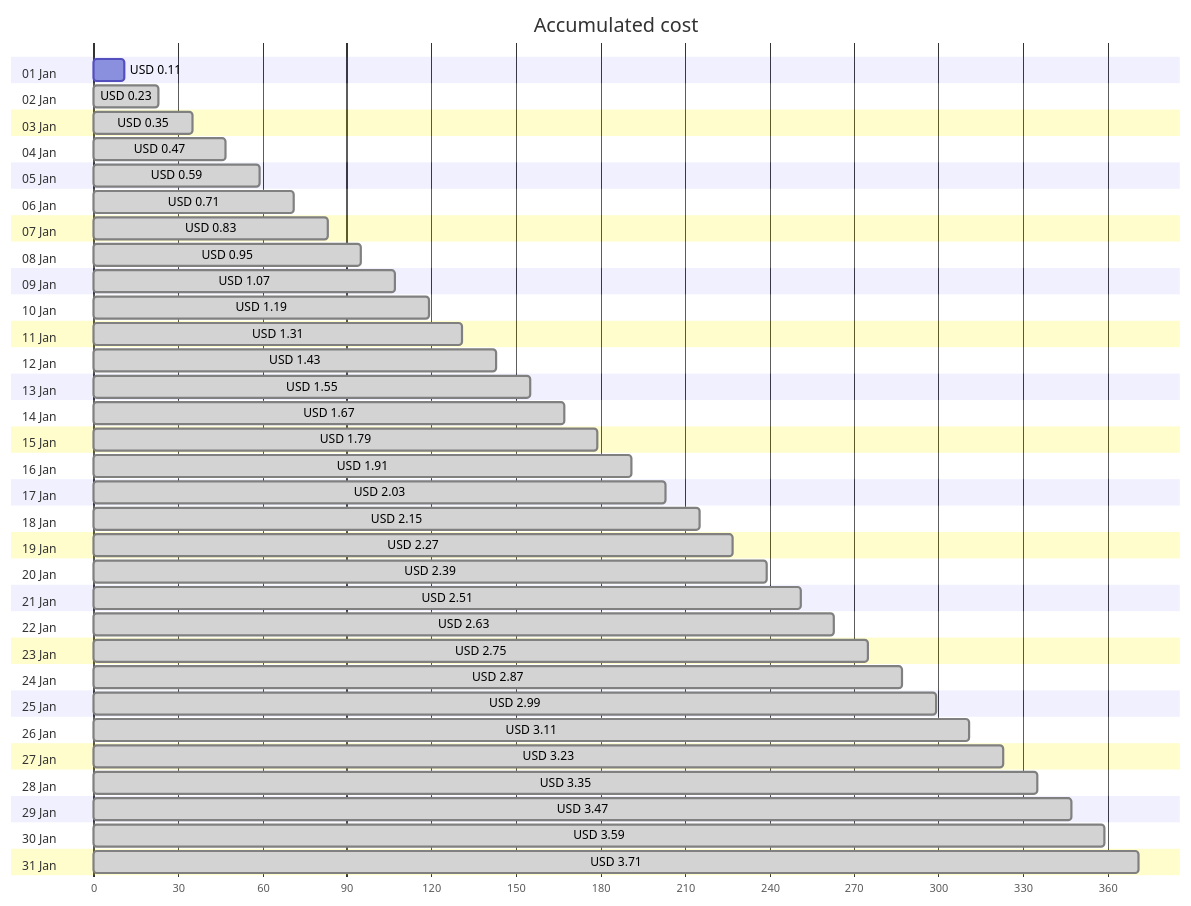
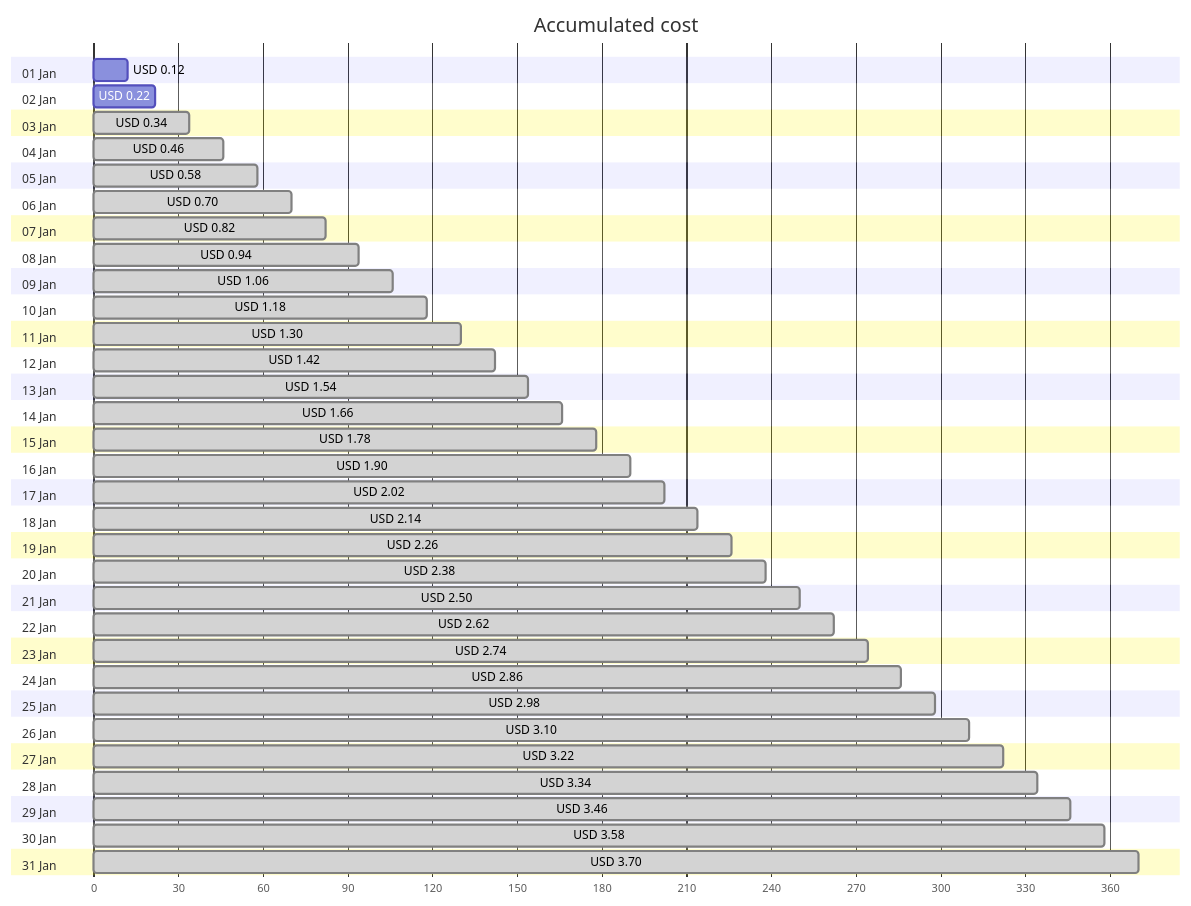
One commit to jpfulton/azure-personal-reports changed the first of 4 diagrams in cost-reports/personal-network/backup-server-public-ip.md. Above: the diagram before and after it, drawn with Mermaid. The commit also changed other lines of this file and 8 other files, not shown here.

````diff
--- a/cost-reports/personal-network/backup-server-public-ip.md
+++ b/cost-reports/personal-network/backup-server-public-ip.md
@@ -20,68 +20,68 @@
 ```mermaid
 gantt
    title Accumulated cost
    dateFormat  X
    axisFormat %s
    section 01 Jan
-   USD 0.11 :0, 11
+   USD 0.12 :0, 12
    section 02 Jan
-   USD 0.23 : done, 0, 23
+   USD 0.22 :0, 22
    section 03 Jan
-   USD 0.35 : done, 0, 35
+   USD 0.34 : done, 0, 34
    section 04 Jan
-   USD 0.47 : done, 0, 47
+   USD 0.46 : done, 0, 46
    section 05 Jan
-   USD 0.59 : done, 0, 59
+   USD 0.58 : done, 0, 58
    section 06 Jan
-   USD 0.71 : done, 0, 71
+   USD 0.70 : done, 0, 70
    section 07 Jan
-   USD 0.83 : done, 0, 83
+   USD 0.82 : done, 0, 82
    section 08 Jan
-   USD 0.95 : done, 0, 95
+   USD 0.94 : done, 0, 94
    section 09 Jan
-   USD 1.07 : done, 0, 107
+   USD 1.06 : done, 0, 106
    section 10 Jan
-   USD 1.19 : done, 0, 119
+   USD 1.18 : done, 0, 118
    section 11 Jan
-   USD 1.31 : done, 0, 131
+   USD 1.30 : done, 0, 130
    section 12 Jan
-   USD 1.43 : done, 0, 143
+   USD 1.42 : done, 0, 142
    section 13 Jan
-   USD 1.55 : done, 0, 155
+   USD 1.54 : done, 0, 154
    section 14 Jan
-   USD 1.67 : done, 0, 167
+   USD 1.66 : done, 0, 166
    section 15 Jan
-   USD 1.79 : done, 0, 179
+   USD 1.78 : done, 0, 178
    section 16 Jan
-   USD 1.91 : done, 0, 191
+   USD 1.90 : done, 0, 190
    section 17 Jan
-   USD 2.03 : done, 0, 203
+   USD 2.02 : done, 0, 202
    section 18 Jan
-   USD 2.15 : done, 0, 215
+   USD 2.14 : done, 0, 214
    section 19 Jan
-   USD 2.27 : done, 0, 227
+   USD 2.26 : done, 0, 226
    section 20 Jan
-   USD 2.39 : done, 0, 239
+   USD 2.38 : done, 0, 238
    section 21 Jan
-   USD 2.51 : done, 0, 251
+   USD 2.50 : done, 0, 250
    section 22 Jan
-   USD 2.63 : done, 0, 263
+   USD 2.62 : done, 0, 262
    section 23 Jan
-   USD 2.75 : done, 0, 275
+   USD 2.74 : done, 0, 274
    section 24 Jan
-   USD 2.87 : done, 0, 287
+   USD 2.86 : done, 0, 286
    section 25 Jan
-   USD 2.99 : done, 0, 299
+   USD 2.98 : done, 0, 298
    section 26 Jan
-   USD 3.11 : done, 0, 311
+   USD 3.10 : done, 0, 310
    section 27 Jan
-   USD 3.23 : done, 0, 323
+   USD 3.22 : done, 0, 322
    section 28 Jan
-   USD 3.35 : done, 0, 335
+   USD 3.34 : done, 0, 334
    section 29 Jan
-   USD 3.47 : done, 0, 347
+   USD 3.46 : done, 0, 346
    section 30 Jan
-   USD 3.59 : done, 0, 359
+   USD 3.58 : done, 0, 358
    section 31 Jan
-   USD 3.71 : done, 0, 371
+   USD 3.70 : done, 0, 370
 ```
````
